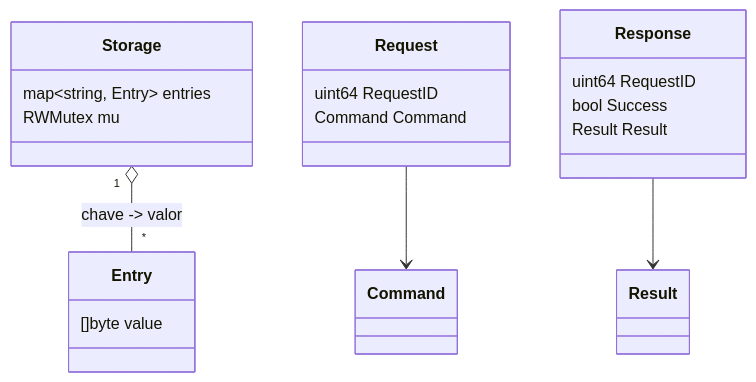
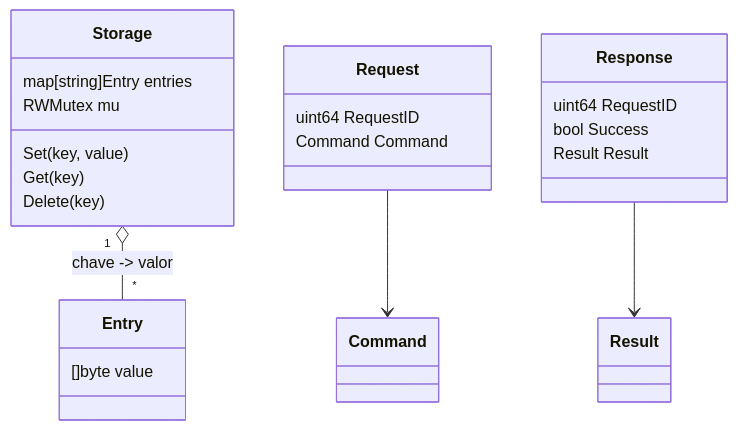
One commit to pescador95/memorydb changed the sixth of 6 diagrams in docs/tecnica/ARQUITETURA.md. Above: the diagram before and after it, drawn with Mermaid. The commit also changed other lines of this file and 26 other files, not shown here.

First line of the commit message:
refactor(architecture): modulariza transporte e inicia drivers

````diff
--- a/docs/tecnica/ARQUITETURA.md
+++ b/docs/tecnica/ARQUITETURA.md
@@ -181,22 +377,29 @@
 ```mermaid
 classDiagram
     class Storage {
-        map~string, Entry~ entries
+        map[string]Entry entries
         RWMutex mu
+        Set(key, value)
+        Get(key)
+        Delete(key)
     }
+
     class Entry {
         []byte value
     }
+
     class Request {
         uint64 RequestID
         Command Command
     }
+
     class Response {
         uint64 RequestID
         bool Success
         Result Result
     }
+
     Storage "1" o-- "*" Entry : chave -> valor
     Request --> Command
     Response --> Result
 ```
````
